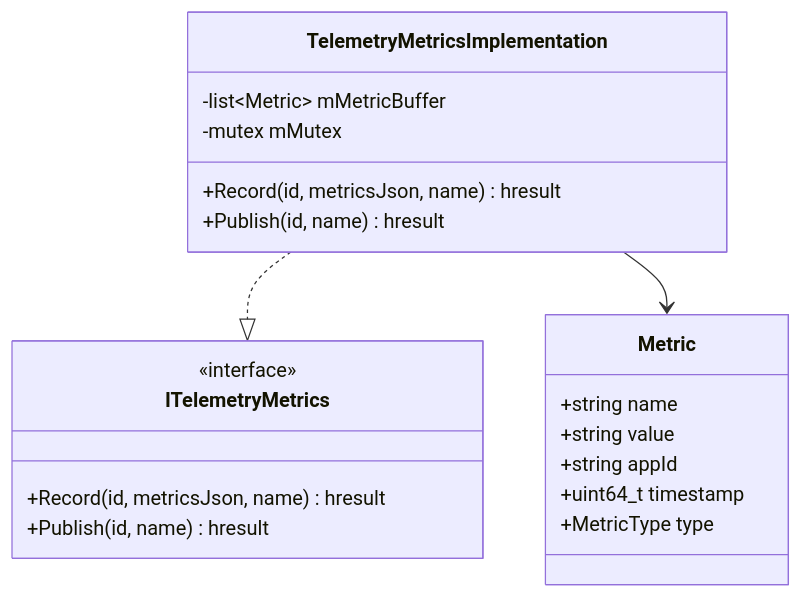
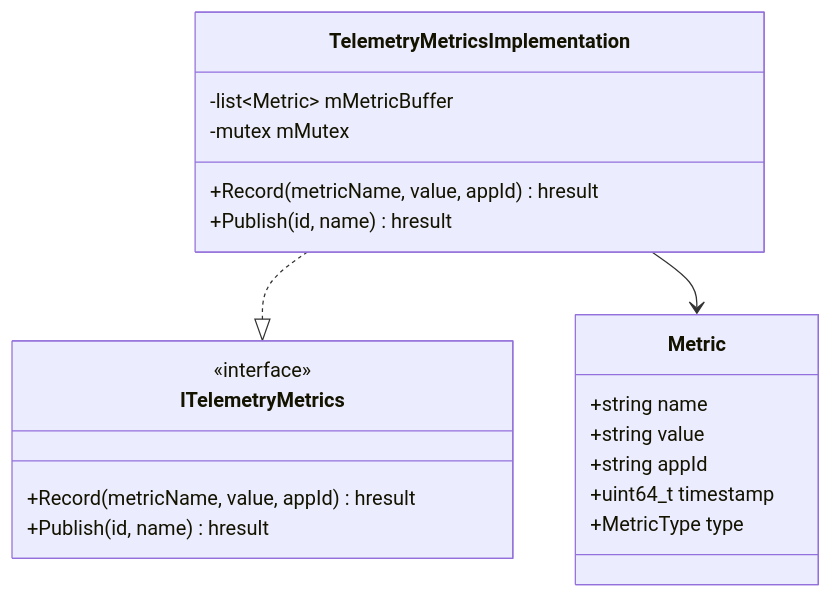
One commit to rdkcentral/entservices-appmanagers changed the second of 4 diagrams in TelemetryMetrics/TelemetryMetrics.md. Above: the diagram before and after it, drawn with Mermaid. The commit also changed other lines of this file, not shown here.

````diff
--- a/TelemetryMetrics/TelemetryMetrics.md
+++ b/TelemetryMetrics/TelemetryMetrics.md
@@ -65,26 +65,26 @@
 ```mermaid
 classDiagram
     class TelemetryMetricsImplementation {
         -list~Metric~ mMetricBuffer
         -mutex mMutex
-        +Record(id, metricsJson, name) hresult
+        +Record(metricName, value, appId) hresult
         +Publish(id, name) hresult
     }
 
     class Metric {
         +string name
         +string value
         +string appId
         +uint64_t timestamp
         +MetricType type
     }
 
     class ITelemetryMetrics {
         <<interface>>
-        +Record(id, metricsJson, name) hresult
+        +Record(metricName, value, appId) hresult
         +Publish(id, name) hresult
     }
 
     TelemetryMetricsImplementation ..|> ITelemetryMetrics
     TelemetryMetricsImplementation --> Metric
 ```
````
